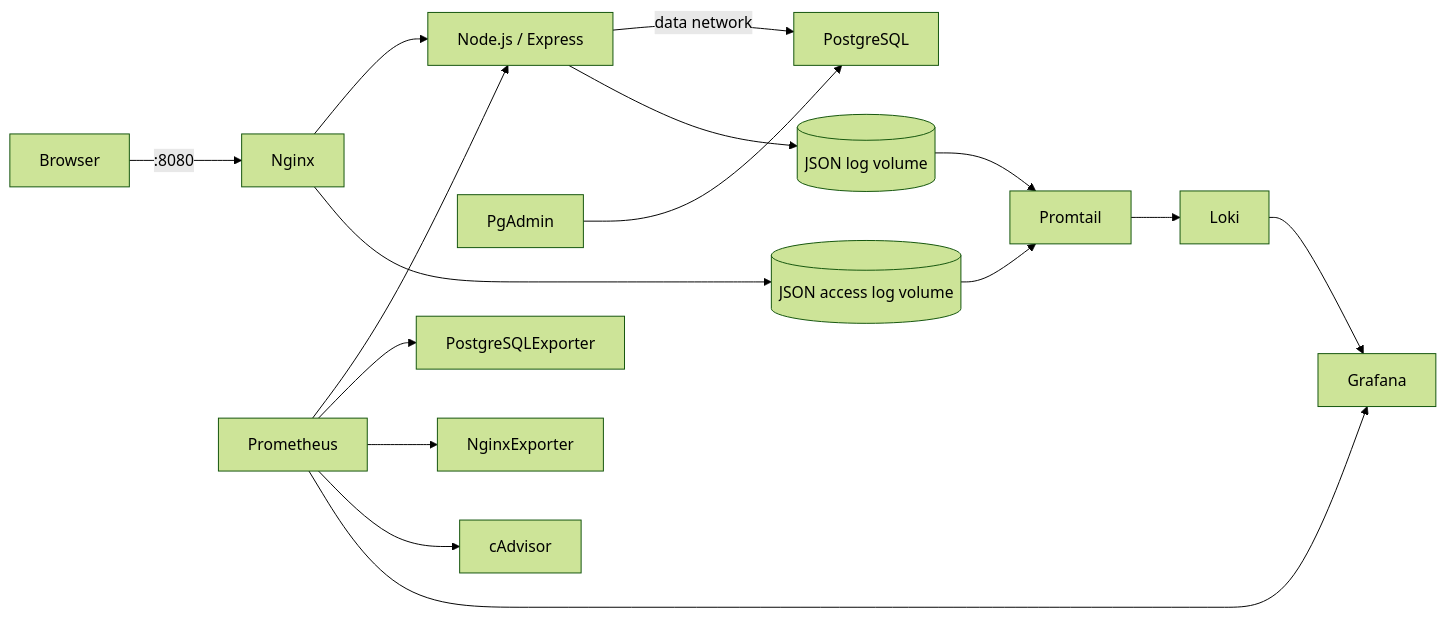
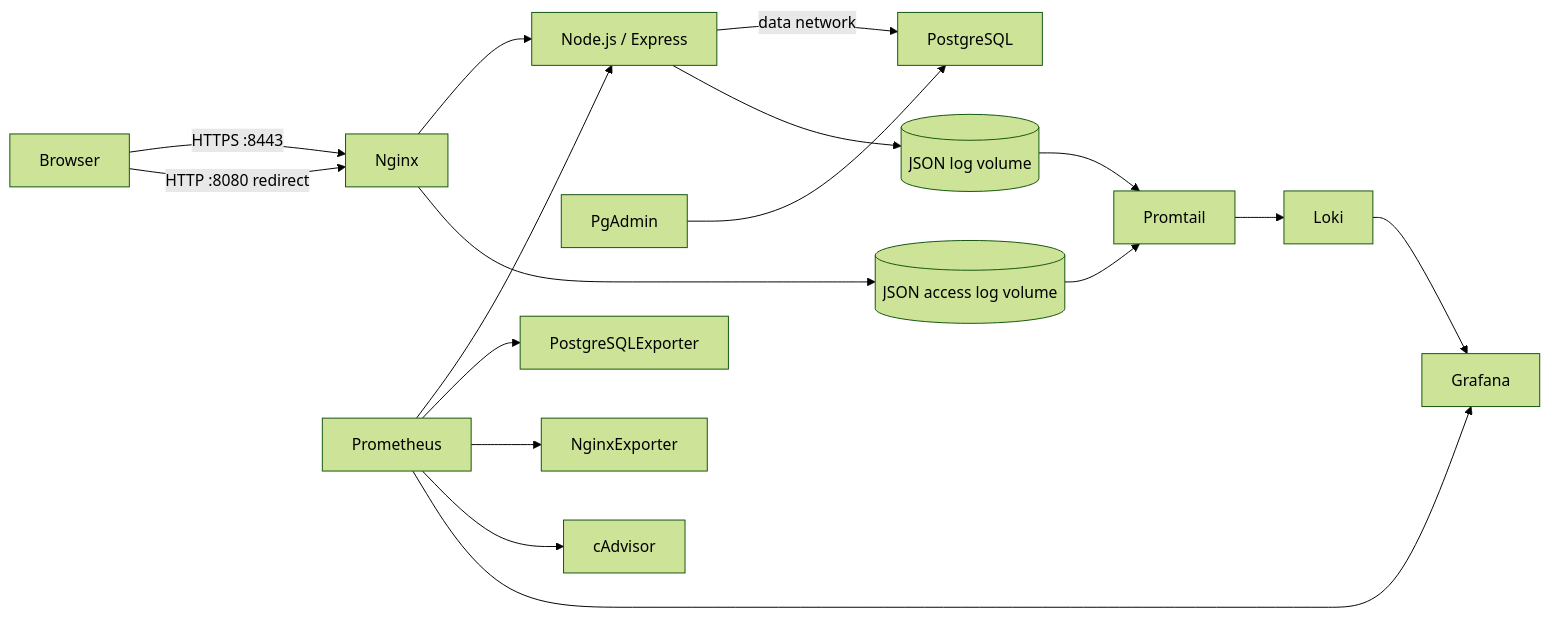
The diagram in README.md (Khai-Kaito/De-tai-1), drawn with Mermaid (forest theme) before and after one commit. The commit also changed other lines of this file and 8 other files, not shown here.

````diff
--- a/README.md
+++ b/README.md
@@ -7,17 +7,18 @@
 ```mermaid
 flowchart LR
-  Browser -->|:8080| Nginx
+  Browser -->|HTTPS :8443| Nginx
+  Browser -->|HTTP :8080 redirect| Nginx
   Nginx --> App[Node.js / Express]
   App -->|data network| PostgreSQL
   PgAdmin --> PostgreSQL
   Prometheus --> App
   Prometheus --> PostgreSQLExporter
   Prometheus --> NginxExporter
   Prometheus --> cAdvisor
   Prometheus --> Grafana
   App --> AppLog[(JSON log volume)]
   Nginx --> NginxLog[(JSON access log volume)]
   AppLog --> Promtail
   NginxLog --> Promtail
   Promtail --> Loki --> Grafana
 ```
````
